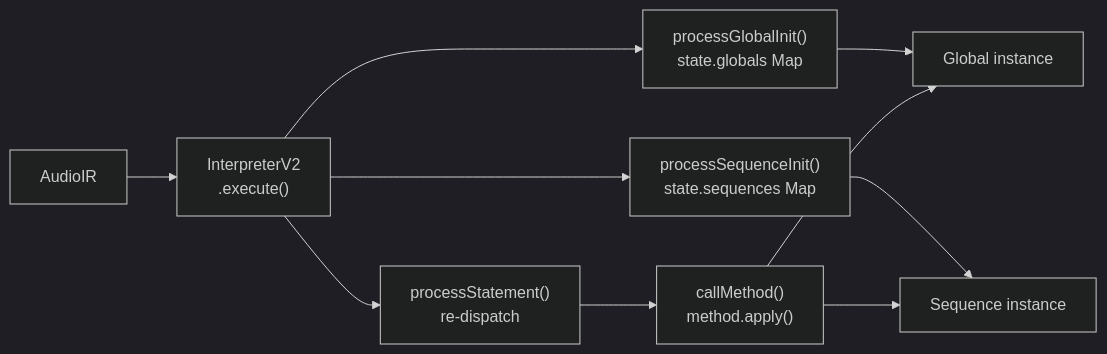
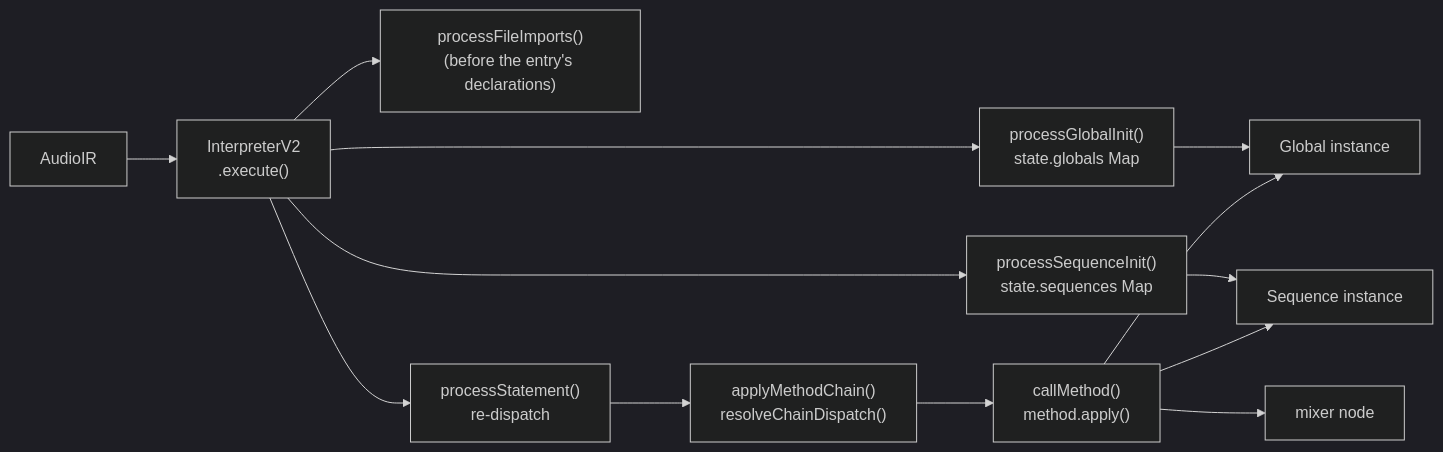
The second of 2 diagrams in sites/dev/en/pipeline/evaluation.md (signalcompose/orbitscore), drawn with Mermaid (dark theme) before and after one commit. The commit also changed other lines of this file and 14 other files, not shown here.

````diff
--- a/sites/dev/en/pipeline/evaluation.md
+++ b/sites/dev/en/pipeline/evaluation.md
@@ -386,21 +566,27 @@
 ```mermaid
 flowchart LR
   ir["AudioIR"]
   exec["InterpreterV2\n.execute()"]
+  imp["processFileImports()\n(before the entry's declarations)"]
   gInit["processGlobalInit()\nstate.globals Map"]
   sInit["processSequenceInit()\nstate.sequences Map"]
   stmt["processStatement()\nre-dispatch"]
+  chain["applyMethodChain()\nresolveChainDispatch()"]
   cm["callMethod()\nmethod.apply()"]
   g["Global instance"]
   s["Sequence instance"]
+  m["mixer node"]
 
   ir --> exec
+  exec --> imp
   exec --> gInit
   exec --> sInit
   exec --> stmt
   gInit --> g
   sInit --> s
-  stmt --> cm
+  stmt --> chain
+  chain --> cm
   cm --> g
   cm --> s
+  cm --> m
 ```
````
